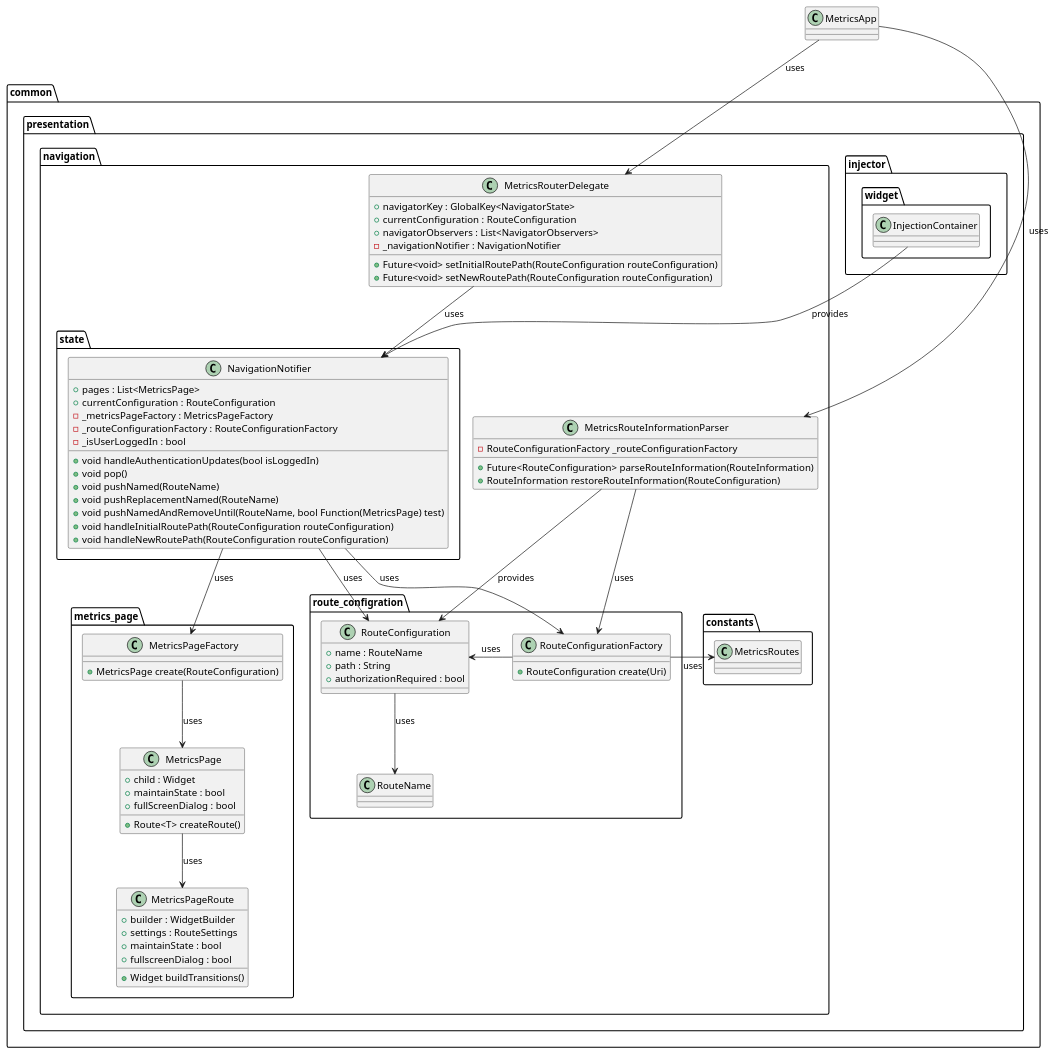
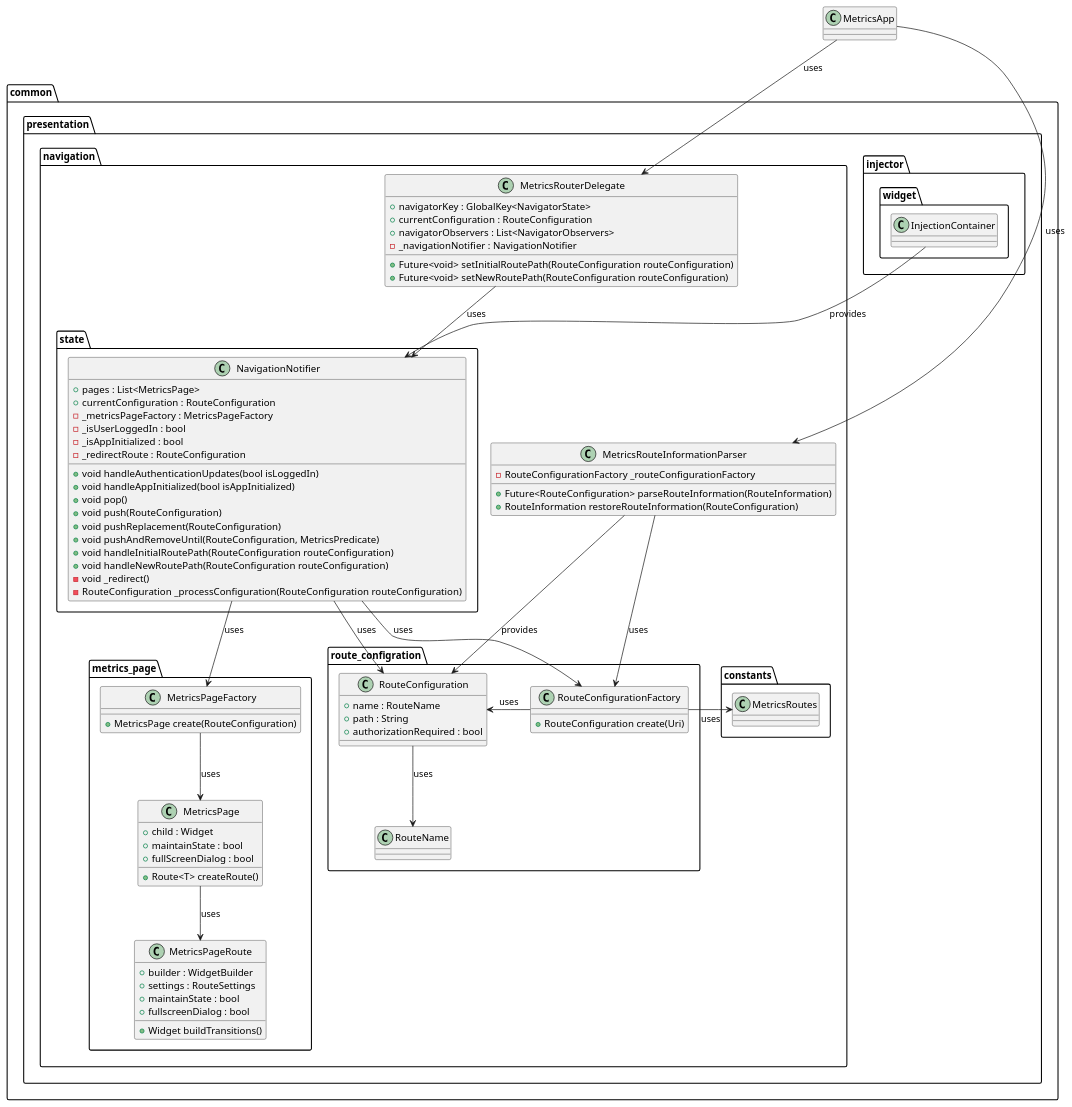
The diagram in metrics/web/docs/features/navigation/diagrams/navigation_class_diagram.puml (Flank/flank-dashboard), drawn with PlantUML before and after one commit. The commit also changed 3 other files, not shown here.

```diff
--- a/metrics/web/docs/features/navigation/diagrams/navigation_class_diagram.puml
+++ b/metrics/web/docs/features/navigation/diagrams/navigation_class_diagram.puml
@@ -1,110 +1,114 @@
 @startuml navigation_class_diagram
 
 class MetricsApp {}
 
 package common.presentation {
 
     package injector.widget {
         class InjectionContainer {}
     }
 
     package navigation {
 
         package route_configration {
             class RouteName {
             }
 
             class RouteConfiguration {
                 + name : RouteName
                 + path : String
                 + authorizationRequired : bool
             }
 
             class RouteConfigurationFactory {
                 + RouteConfiguration create(Uri)
             }
         }
         class MetricsRouteInformationParser {
             - RouteConfigurationFactory _routeConfigurationFactory
             + Future<RouteConfiguration> parseRouteInformation(RouteInformation)
             + RouteInformation restoreRouteInformation(RouteConfiguration)
         }
         class MetricsRouterDelegate {
             + navigatorKey : GlobalKey<NavigatorState>
             + currentConfiguration : RouteConfiguration
             + navigatorObservers : List<NavigatorObservers>
             - _navigationNotifier : NavigationNotifier
             + Future<void> setInitialRoutePath(RouteConfiguration routeConfiguration)
             + Future<void> setNewRoutePath(RouteConfiguration routeConfiguration)
         }
 
         package constants {
             class MetricsRoutes {}
         }
 
         package state {
             class NavigationNotifier {
                 + pages : List<MetricsPage>
                 + currentConfiguration : RouteConfiguration
                 - _metricsPageFactory : MetricsPageFactory
-                - _routeConfigurationFactory : RouteConfigurationFactory
                 - _isUserLoggedIn : bool
+                - _isAppInitialized : bool
+                - _redirectRoute : RouteConfiguration
                 + void handleAuthenticationUpdates(bool isLoggedIn)
+                + void handleAppInitialized(bool isAppInitialized)
                 + void pop()
-                + void pushNamed(RouteName)
-                + void pushReplacementNamed(RouteName)
-                + void pushNamedAndRemoveUntil(RouteName, bool Function(MetricsPage) test)
+                + void push(RouteConfiguration)
+                + void pushReplacement(RouteConfiguration)
+                + void pushAndRemoveUntil(RouteConfiguration, MetricsPredicate)
                 + void handleInitialRoutePath(RouteConfiguration routeConfiguration)
                 + void handleNewRoutePath(RouteConfiguration routeConfiguration)
+                - void _redirect()
+                - RouteConfiguration _processConfiguration(RouteConfiguration routeConfiguration)
             }
         }
 
 
         package metrics_page {
             class MetricsPageFactory {
                 + MetricsPage create(RouteConfiguration)
             }
 
             class MetricsPage {
                 + child : Widget
                 + maintainState : bool
                 + fullScreenDialog : bool
                 + Route<T> createRoute()
             }
 
             class MetricsPageRoute {
                 + builder : WidgetBuilder
                 + settings : RouteSettings
                 + maintainState : bool
                 + fullscreenDialog : bool
                 + Widget buildTransitions()
             }
         }
 
     }
 }
 
 InjectionContainer --> NavigationNotifier : provides
 
 MetricsApp --> MetricsRouteInformationParser :uses
 MetricsApp --> MetricsRouterDelegate : uses
 
 MetricsRouteInformationParser --> RouteConfiguration : provides
 MetricsRouteInformationParser --> RouteConfigurationFactory : uses
 
 RouteConfiguration --> RouteName : uses
 
 RouteConfigurationFactory -> RouteConfiguration : uses
 RouteConfigurationFactory -> MetricsRoutes : uses
 
 MetricsRouterDelegate --> NavigationNotifier : uses
 
 NavigationNotifier --> RouteConfigurationFactory : uses
 NavigationNotifier --> RouteConfiguration : uses
 NavigationNotifier --> MetricsPageFactory : uses
 
 MetricsPageFactory --> MetricsPage : uses
 
 MetricsPage --> MetricsPageRoute : uses
 
 @enduml
```
